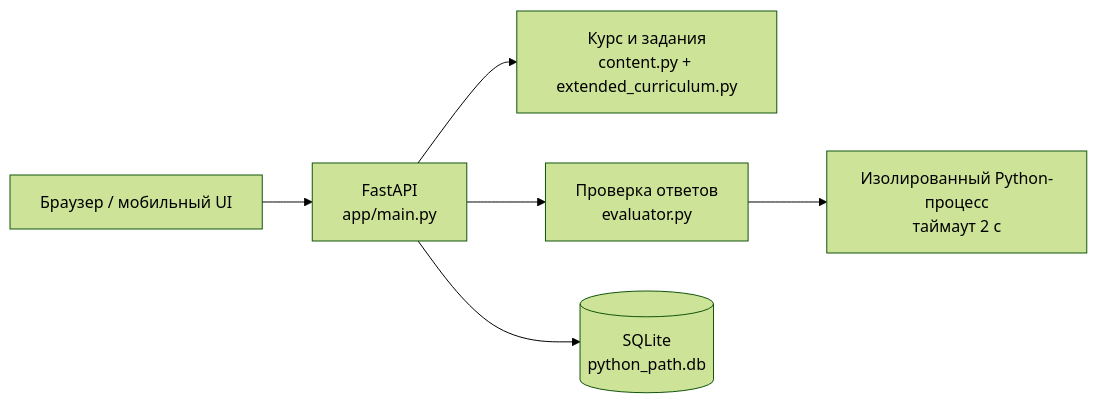
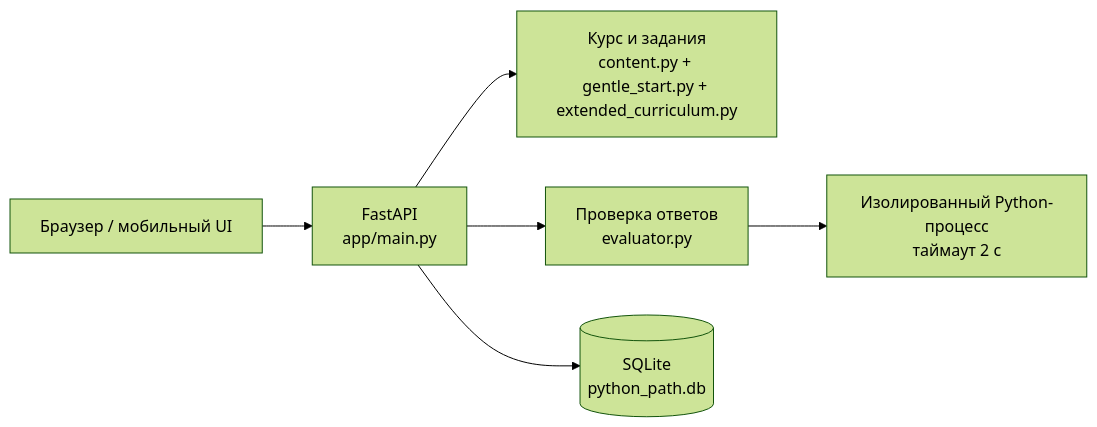
Before and after one commit to gon7187/python-path: the diagram in docs/ARCHITECTURE.md, drawn with Mermaid (forest theme). The commit also changed other lines of this file and 9 other files, not shown here.

````diff
--- a/docs/ARCHITECTURE.md
+++ b/docs/ARCHITECTURE.md
@@ -3,8 +3,8 @@
 ```mermaid
 flowchart LR
     Browser["Браузер / мобильный UI"] --> API["FastAPI\napp/main.py"]
-    API --> Content["Курс и задания\ncontent.py + extended_curriculum.py"]
+    API --> Content["Курс и задания\ncontent.py + gentle_start.py + extended_curriculum.py"]
     API --> Evaluator["Проверка ответов\nevaluator.py"]
     API --> DB[("SQLite\npython_path.db")]
     Evaluator --> Runner["Изолированный Python-процесс\nтаймаут 2 с"]
 ```
````
